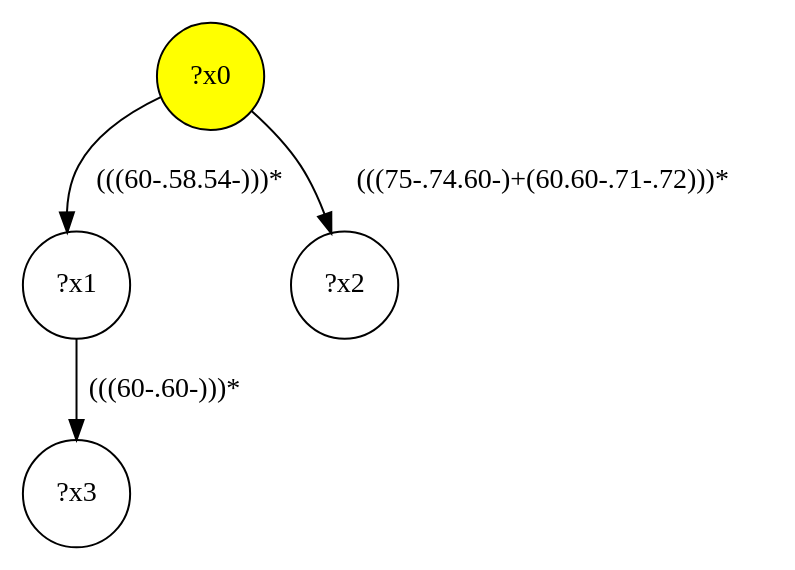
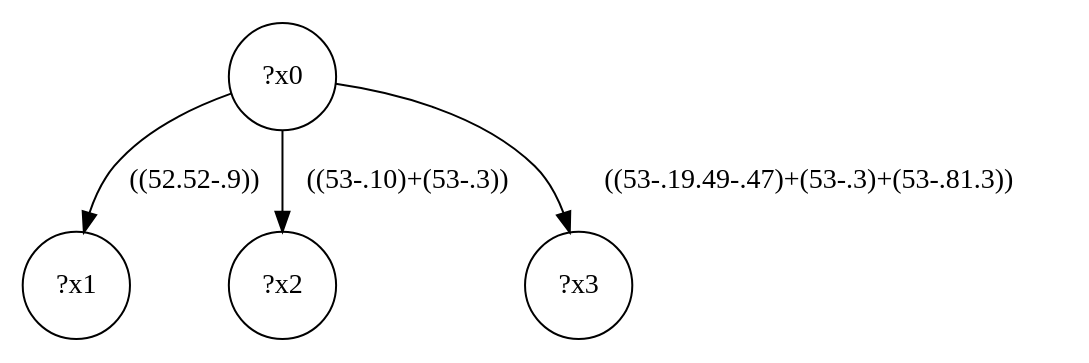
Before and after one commit to MathieuGicquel/federated-benchmark: the diagram in lib/gmark/demo/shop/shop-interface/query-1.dot, drawn with Graphviz. The commit also changed 354 other files, not shown here.

```diff
--- a/lib/gmark/demo/shop/shop-interface/query-1.dot
+++ b/lib/gmark/demo/shop/shop-interface/query-1.dot
@@ -1,9 +1,9 @@
 digraph g {
-	x0 [fillcolor="yellow", style="filled," shape=circle, label="?x0"];
+	x0 [shape=circle, label="?x0"];
 	x1 [shape=circle, label="?x1"];
-	x0 -> x1 [label="(((60-.58.54-)))*"];
+	x0 -> x1 [label="((52.52-.9))"];
 	x2 [shape=circle, label="?x2"];
-	x0 -> x2 [label="(((75-.74.60-)+(60.60-.71-.72)))*"];
+	x0 -> x2 [label="((53-.10)+(53-.3))"];
 	x3 [shape=circle, label="?x3"];
-	x1 -> x3 [label="(((60-.60-)))*"];
+	x0 -> x3 [label="((53-.19.49-.47)+(53-.3)+(53-.81.3))"];
 }
```
